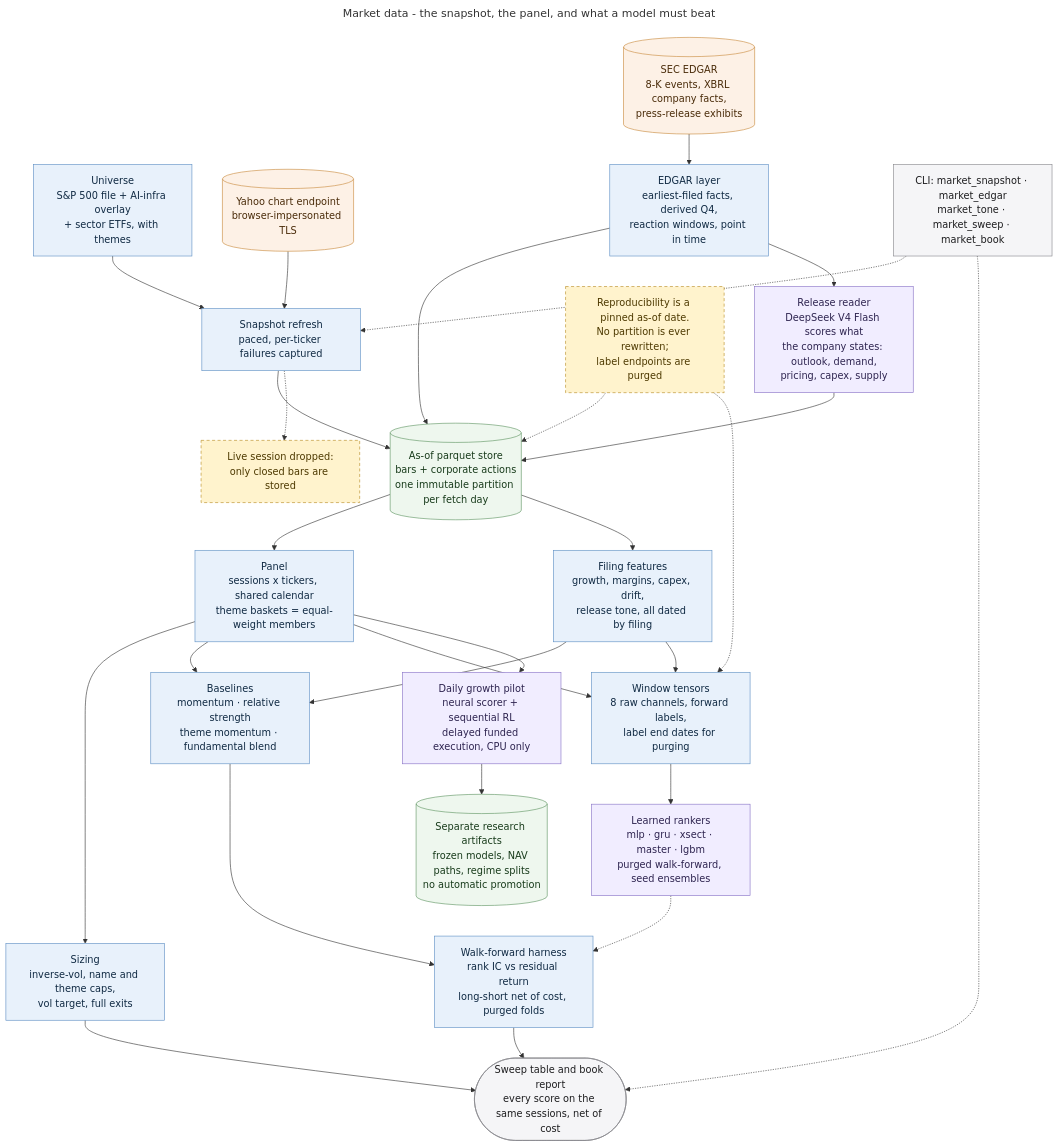
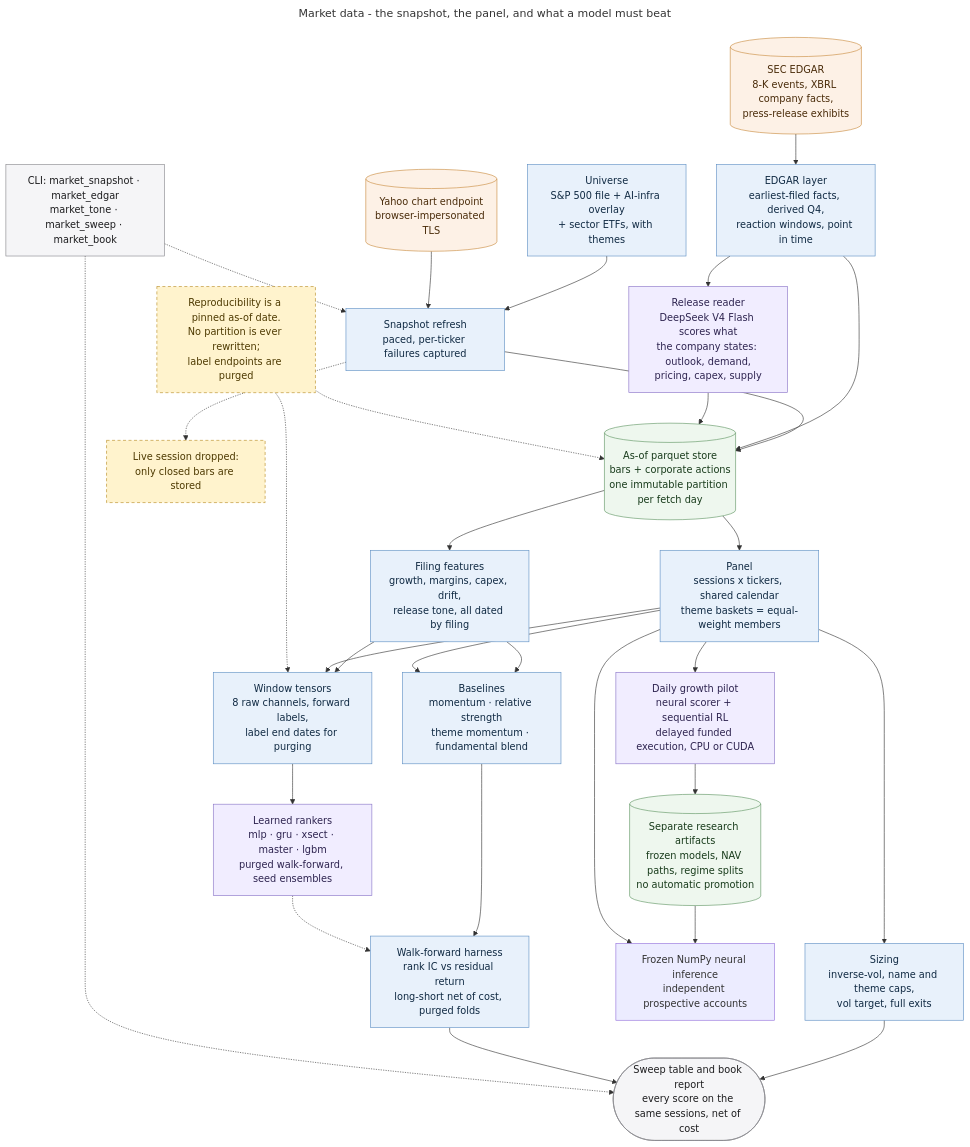
Before and after one commit to MallyaAni/PersonalAssistant: the diagram in docs/diagrams/market-data.mmd, drawn with Mermaid. The commit also changed 19 other files, not shown here.

First line of the commit message:
Frozen neural forward-paper comparison, observed nightly in separate accounts

```diff
--- a/docs/diagrams/market-data.mmd
+++ b/docs/diagrams/market-data.mmd
@@ -1,48 +1,50 @@
 ---
 title: Market data - the snapshot, the panel, and what a model must beat
 ---
 flowchart TB
     Universe[Universe<br/>S&P 500 file + AI-infra overlay<br/>+ sector ETFs, with themes] --> Refresh[Snapshot refresh<br/>paced, per-ticker failures captured]
     Yahoo[(Yahoo chart endpoint<br/>browser-impersonated TLS)] --> Refresh
     Refresh --> Store[(As-of parquet store<br/>bars + corporate actions<br/>one immutable partition per fetch day)]
     Refresh -.-> Drop[Live session dropped:<br/>only closed bars are stored]
 
     Edgar[(SEC EDGAR<br/>8-K events, XBRL company facts,<br/>press-release exhibits)] --> Filings[EDGAR layer<br/>earliest-filed facts, derived Q4,<br/>reaction windows, point in time]
     Filings --> Store
     Filings --> Reader[Release reader<br/>DeepSeek V4 Flash scores what<br/>the company states: outlook, demand,<br/>pricing, capex, supply]
     Reader --> Store
     Store --> Panel[Panel<br/>sessions x tickers, shared calendar<br/>theme baskets = equal-weight members]
     Store --> Extras[Filing features<br/>growth, margins, capex, drift,<br/>release tone, all dated by filing]
     Extras --> Baselines
     Extras --> Windows
     Panel --> Book[Sizing<br/>inverse-vol, name and theme caps,<br/>vol target, full exits]
     Book --> Report
     Panel --> Baselines[Baselines<br/>momentum · relative strength<br/>theme momentum · fundamental blend]
     Panel --> Windows[Window tensors<br/>8 raw channels, forward labels,<br/>label end dates for purging]
     Baselines --> Harness[Walk-forward harness<br/>rank IC vs residual return<br/>long-short net of cost, purged folds]
     Windows --> Model[Learned rankers<br/>mlp · gru · xsect · master · lgbm<br/>purged walk-forward, seed ensembles]
     Model -.-> Harness
     Harness --> Report([Sweep table and book report<br/>every score on the same sessions, net of cost])
-    Panel --> Pilot[Daily growth pilot<br/>neural scorer + sequential RL<br/>delayed funded execution, CPU only]
+    Panel --> Pilot[Daily growth pilot<br/>neural scorer + sequential RL<br/>delayed funded execution, CPU or CUDA]
     Pilot --> Research[(Separate research artifacts<br/>frozen models, NAV paths, regime splits<br/>no automatic promotion)]
+    Research --> Forward[Frozen NumPy neural inference<br/>independent prospective accounts]
+    Panel --> Forward
 
     CLI[CLI: market_snapshot · market_edgar<br/>market_tone · market_sweep · market_book] -.-> Refresh
     CLI -.-> Report
 
     Rule[Reproducibility is a pinned as-of date.<br/>No partition is ever rewritten;<br/>label endpoints are purged]
     Rule -.-> Store
     Rule -.-> Windows
 
     classDef interface fill:#f5f5f7,stroke:#86868b,color:#1d1d1f;
     classDef application fill:#e8f1fb,stroke:#5e8fc4,color:#102a43;
     classDef data fill:#eef7ee,stroke:#5f9562,color:#183b1b;
     classDef external fill:#fdf1e6,stroke:#c98a3d,color:#4a2c0a;
     classDef model fill:#f1edff,stroke:#8872c6,color:#2e2450;
     classDef warning fill:#fff3cd,stroke:#b78b20,color:#4d3900,stroke-dasharray:5 4;
     class CLI,Report interface;
     class Universe,Refresh,Filings,Panel,Baselines,Windows,Harness,Extras,Book application;
     class Store data;
     class Yahoo,Edgar external;
     class Model,Reader,Pilot model;
     class Research data;
     class Rule,Drop warning;
```
